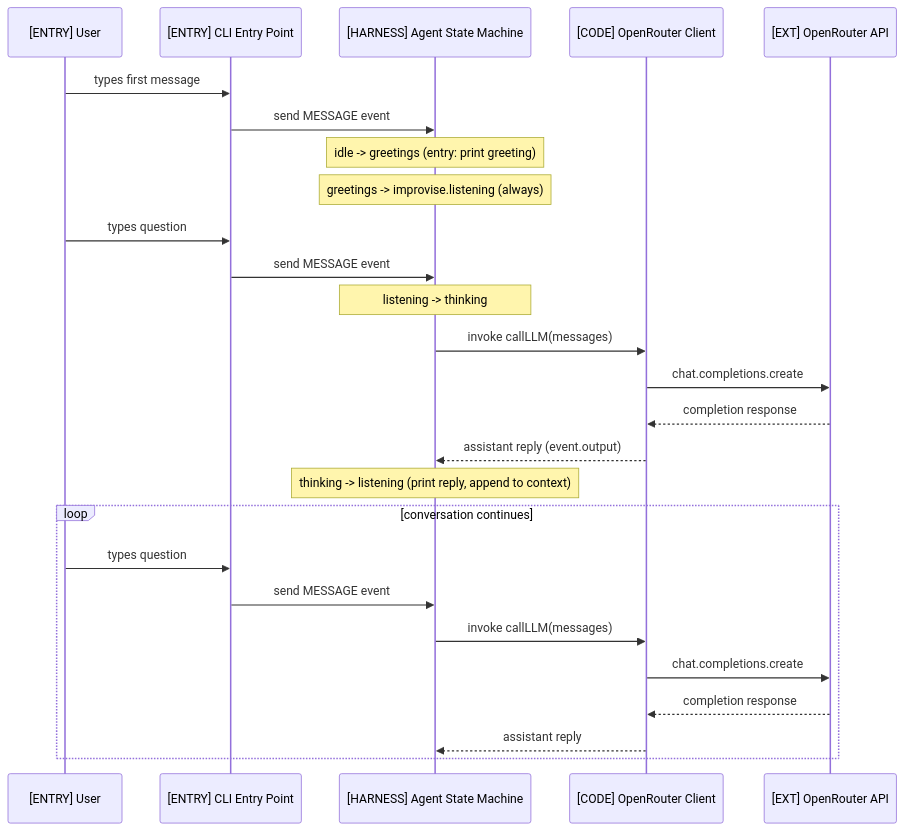
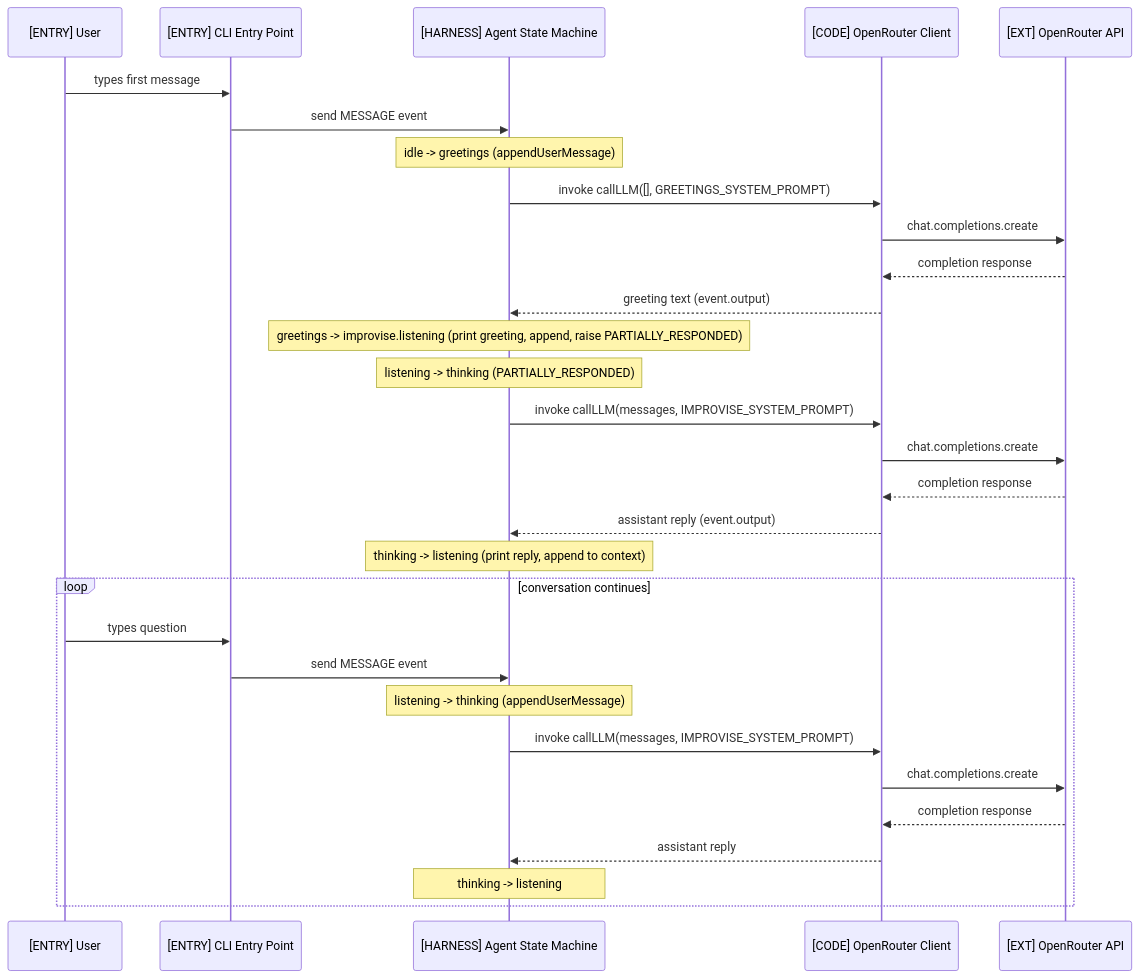
Before and after one commit to EduardoRenani/ai-agent-xstate: the diagram in docs/architecture/c4/flows/user-chat.mmd, drawn with Mermaid. The commit also changed 6 other files, not shown here.

First line of the commit message:
docs: update architecture diagrams and README for Atlas identity and PARTIALLY_RESPONDED flow

```diff
--- a/docs/architecture/c4/flows/user-chat.mmd
+++ b/docs/architecture/c4/flows/user-chat.mmd
@@ -1,33 +1,36 @@
 %% Spec: c4-doc.md
-%% Modo: inicial
+%% Modo: incremental
 %% Atualizado: 2026-05-14
 %% Fonte: src/index.ts, src/machine.ts, src/openrouter.ts
 sequenceDiagram
     participant user as [ENTRY] User
     participant cli as [ENTRY] CLI Entry Point
     participant machine as [HARNESS] Agent State Machine
     participant client as [CODE] OpenRouter Client
     participant api as [EXT] OpenRouter API
 
     user->>cli: types first message
     cli->>machine: send MESSAGE event
-    Note over machine: idle -> greetings (entry: print greeting)
-    Note over machine: greetings -> improvise.listening (always)
-
-    user->>cli: types question
-    cli->>machine: send MESSAGE event
-    Note over machine: listening -> thinking
-    machine->>client: invoke callLLM(messages)
+    Note over machine: idle -> greetings (appendUserMessage)
+    machine->>client: invoke callLLM([], GREETINGS_SYSTEM_PROMPT)
+    client->>api: chat.completions.create
+    api-->>client: completion response
+    client-->>machine: greeting text (event.output)
+    Note over machine: greetings -> improvise.listening (print greeting, append, raise PARTIALLY_RESPONDED)
+    Note over machine: listening -> thinking (PARTIALLY_RESPONDED)
+    machine->>client: invoke callLLM(messages, IMPROVISE_SYSTEM_PROMPT)
     client->>api: chat.completions.create
     api-->>client: completion response
     client-->>machine: assistant reply (event.output)
     Note over machine: thinking -> listening (print reply, append to context)
 
     loop conversation continues
         user->>cli: types question
         cli->>machine: send MESSAGE event
-        machine->>client: invoke callLLM(messages)
+        Note over machine: listening -> thinking (appendUserMessage)
+        machine->>client: invoke callLLM(messages, IMPROVISE_SYSTEM_PROMPT)
         client->>api: chat.completions.create
         api-->>client: completion response
         client-->>machine: assistant reply
+        Note over machine: thinking -> listening
     end
```
